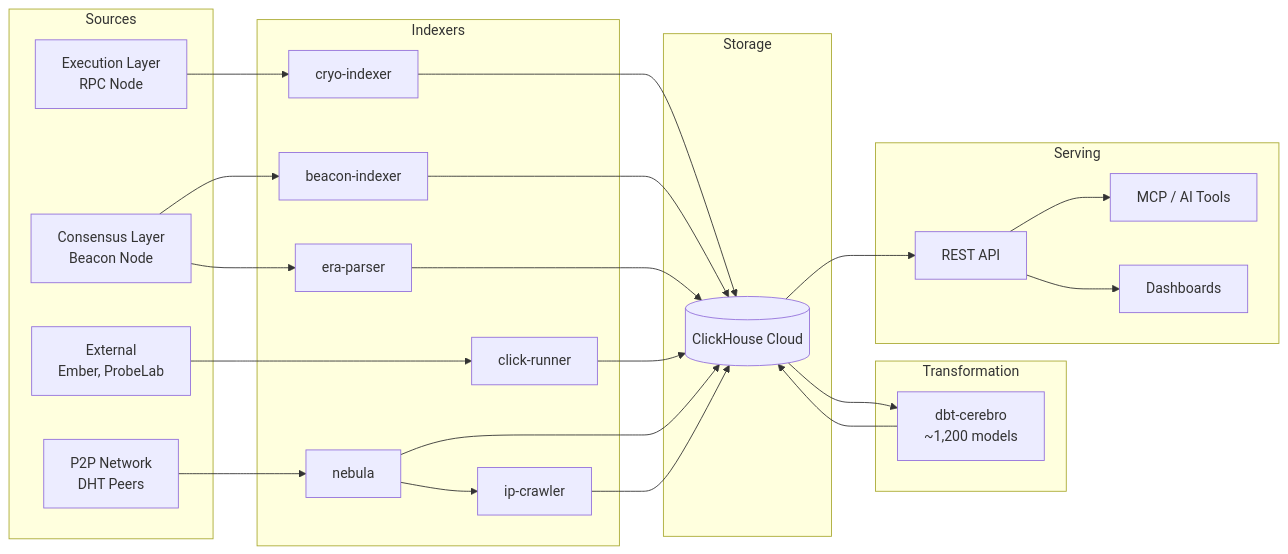
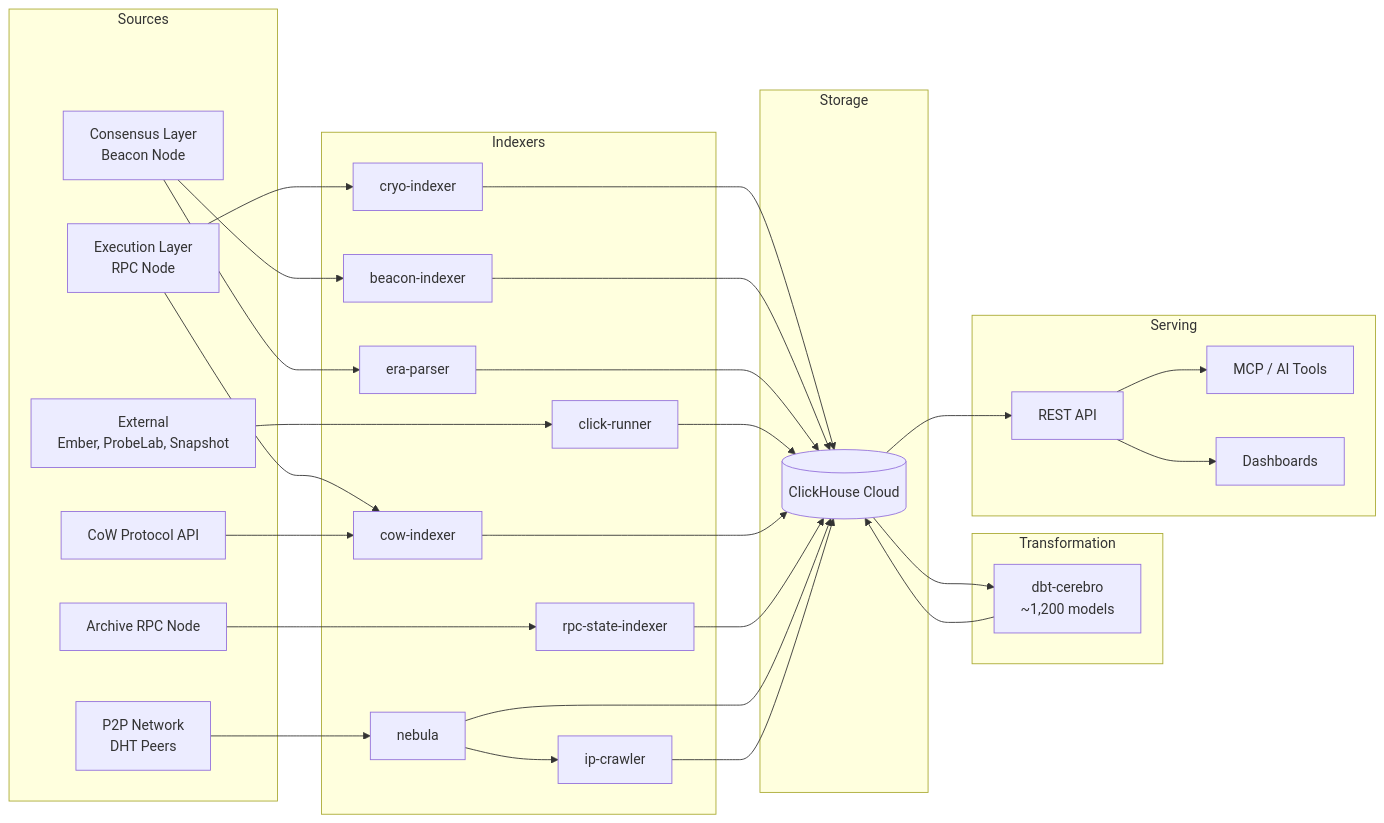
The diagram in docs/data-pipeline/ingestion/index.md (gnosischain/cerebro-docs), drawn with Mermaid before and after one commit. The commit also changed other lines of this file and 17 other files, not shown here.

First line of the commit message:
docs: cover cow-indexer, rpc-state-indexer, new mini-apps, HTTP transport, dbt agent knowledge

````diff
--- a/docs/data-pipeline/ingestion/index.md
+++ b/docs/data-pipeline/ingestion/index.md
@@ -9,53 +9,62 @@
 ```mermaid
 graph LR
     subgraph Sources
         EL[Execution Layer<br/>RPC Node]
         CL[Consensus Layer<br/>Beacon Node]
         P2P[P2P Network<br/>DHT Peers]
-        EXT[External<br/>Ember, ProbeLab]
+        EXT[External<br/>Ember, ProbeLab, Snapshot]
+        COWAPI[CoW Protocol API]
+        ARC[Archive RPC Node]
     end
 
     subgraph Indexers
         CRYO[cryo-indexer]
         BEACON[beacon-indexer]
         ERA[era-parser]
         CR[click-runner]
+        COWIDX[cow-indexer]
+        RPCSI[rpc-state-indexer]
         NEB[nebula]
         IPC[ip-crawler]
     end
 
     subgraph Storage
         CH[(ClickHouse Cloud)]
     end
 
     subgraph Transformation
         DBT[dbt-cerebro<br/>~1,200 models]
     end
 
     subgraph Serving
         API[REST API]
         MCP[MCP / AI Tools]
         DASH[Dashboards]
     end
 
     EL --> CRYO
     CL --> BEACON
     CL --> ERA
     EXT --> CR
+    EL --> COWIDX
+    COWAPI --> COWIDX
+    ARC --> RPCSI
     P2P --> NEB
     NEB --> IPC
 
     CRYO --> CH
     BEACON --> CH
     ERA --> CH
     CR --> CH
+    COWIDX --> CH
+    RPCSI --> CH
     NEB --> CH
     IPC --> CH
 
     CH --> DBT
     DBT --> CH
 
     CH --> API
     API --> MCP
     API --> DASH
 ```
````
